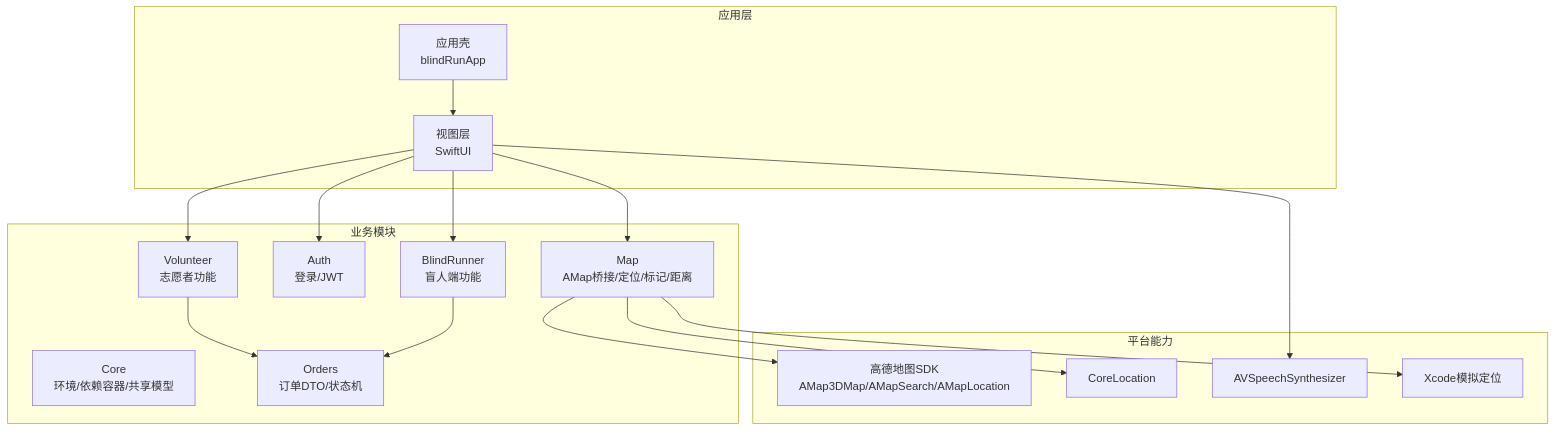
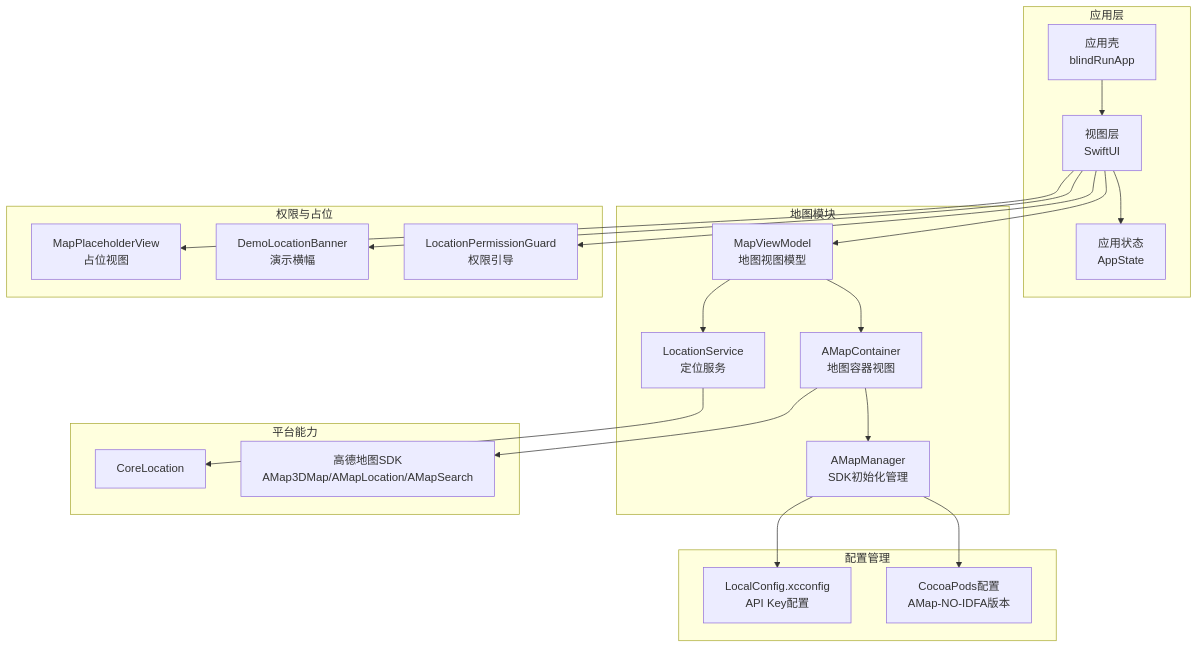
One commit to Jayden23018/blind-run-ios changed the first of 5 diagrams in .qoder/repowiki/zh/content/核心功能模块/地图与定位服务.md. Above: the diagram before and after it, drawn with Mermaid. The commit also changed other lines of this file and 55 other files, not shown here.

````diff
--- a/.qoder/repowiki/zh/content/核心功能模块/地图与定位服务.md
+++ b/.qoder/repowiki/zh/content/核心功能模块/地图与定位服务.md
@@ -48,32 +62,40 @@
 ```mermaid
 graph TB
 subgraph "应用层"
 App["应用壳<br/>blindRunApp"]
 Views["视图层<br/>SwiftUI"]
+AppState["应用状态<br/>AppState"]
 end
-subgraph "业务模块"
-Core["Core<br/>环境/依赖容器/共享模型"]
-Orders["Orders<br/>订单DTO/状态机"]
-Map["Map<br/>AMap桥接/定位/标记/距离"]
-Auth["Auth<br/>登录/JWT"]
-Volunteer["Volunteer<br/>志愿者功能"]
-BlindRunner["BlindRunner<br/>盲人端功能"]
+subgraph "地图模块"
+AMapMgr["AMapManager<br/>SDK初始化管理"]
+AMapContainer["AMapContainer<br/>地图容器视图"]
+MapVM["MapViewModel<br/>地图视图模型"]
+LocationSvc["LocationService<br/>定位服务"]
+end
+subgraph "权限与占位"
+PermGuard["LocationPermissionGuard<br/>权限引导"]
+DemoBanner["DemoLocationBanner<br/>演示横幅"]
+MapPlaceholder["MapPlaceholderView<br/>占位视图"]
 end
 subgraph "平台能力"
-AMap["高德地图SDK<br/>AMap3DMap/AMapSearch/AMapLocation"]
-CL["CoreLocation"]
-TTS["AVSpeechSynthesizer"]
-Sim["Xcode模拟定位"]
+AMapSDK["高德地图SDK<br/>AMap3DMap/AMapLocation/AMapSearch"]
+CoreLocation["CoreLocation"]
+end
+subgraph "配置管理"
+Podfile["CocoaPods配置<br/>AMap-NO-IDFA版本"]
+XCConfig["LocalConfig.xcconfig<br/>API Key配置"]
 end
 App --> Views
-Views --> Map
-Views --> Auth
-Views --> Volunteer
-Views --> BlindRunner
-Map --> AMap
-Map --> CL
-Map --> Sim
-Volunteer --> Orders
-BlindRunner --> Orders
-Views --> TTS
+Views --> AppState
+Views --> MapVM
+MapVM --> AMapContainer
+MapVM --> LocationSvc
+AMapContainer --> AMapMgr
+AMapContainer --> AMapSDK
+LocationSvc --> CoreLocation
+Views --> PermGuard
+Views --> DemoBanner
+Views --> MapPlaceholder
+AMapMgr --> Podfile
+AMapMgr --> XCConfig
 ```
````
